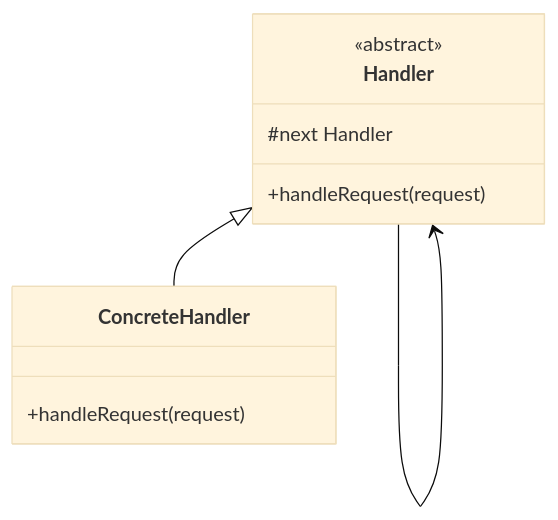
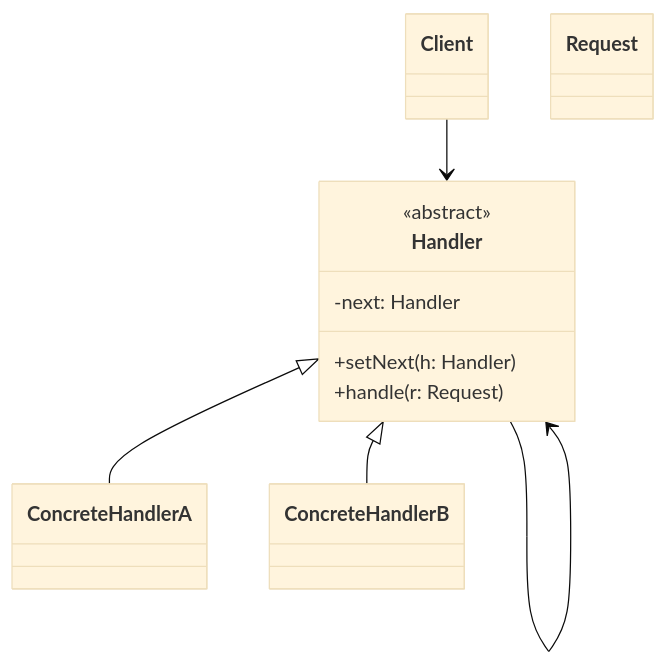
The first of 2 diagrams in chain/README.md (SaumilP/design-patterns), drawn with Mermaid (base theme) before and after one commit. The commit also changed other lines of this file and 34 other files, not shown here.

Commit message:
Added class and sequence diagrams

````diff
--- a/chain/README.md
+++ b/chain/README.md
@@ -86,13 +86,17 @@
 ```mermaid
 classDiagram
+    class Client
+    class Request
     class Handler {
         <<abstract>>
-        #next Handler
-        +handleRequest(request)
+        -next: Handler
+        +setNext(h: Handler)
+        +handle(r: Request)
     }
-    class ConcreteHandler {
-        +handleRequest(request)
-    }
-    Handler <|-- ConcreteHandler
+    class ConcreteHandlerA
+    class ConcreteHandlerB
+    Client --> Handler
+    Handler <|-- ConcreteHandlerA
+    Handler <|-- ConcreteHandlerB
     Handler --> Handler
 ```
````
